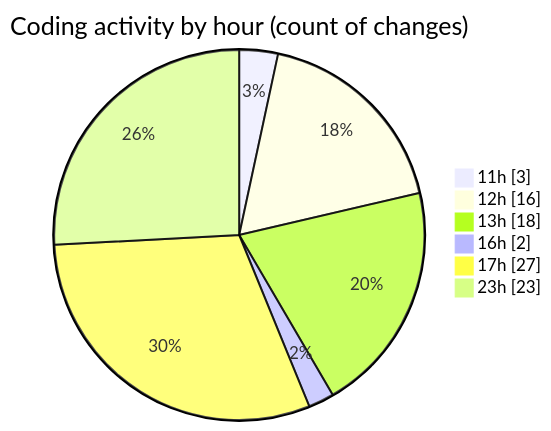
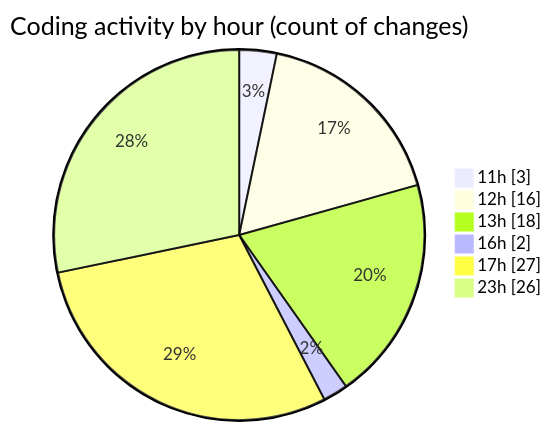
One commit to nxtqubesakshisongat/code-tracking changed the second of 2 diagrams in 2025-06-03/nxtqube_webapp/README.md. Above: the diagram before and after it, drawn with Mermaid. The commit also changed other lines of this file and 1 other file, not shown here.

````diff
--- a/2025-06-03/nxtqube_webapp/README.md
+++ b/2025-06-03/nxtqube_webapp/README.md
@@ -30,10 +30,10 @@
 ```mermaid
 pie showData
 title Coding activity by hour (count of changes)
 "11h" : 3
 "12h" : 16
 "13h" : 18
 "16h" : 2
 "17h" : 27
-"23h" : 23
+"23h" : 26
 ```
````
